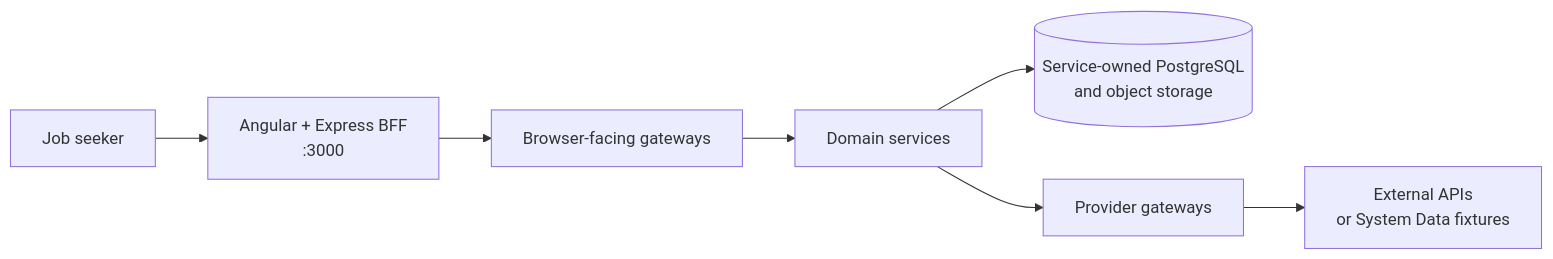
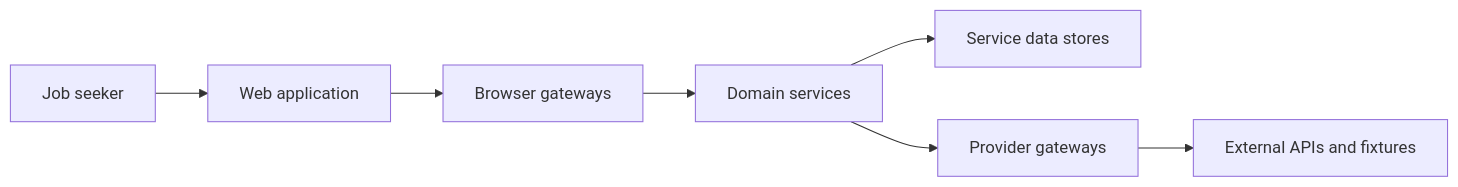
One commit to jobseekercopilot/infrastructure changed the diagram in docs-site/docs/index.md. Above: the diagram before and after it, drawn with Mermaid. The commit also changed other lines of this file and 20 other files, not shown here.

````diff
--- a/docs-site/docs/index.md
+++ b/docs-site/docs/index.md
@@ -72,9 +145,9 @@
 ```mermaid
 flowchart LR
-  User[Job seeker] --> Browser[Angular + Express BFF<br/>:3000]
-  Browser --> Edge[Browser-facing gateways]
-  Edge --> Domain[Domain services]
-  Domain --> Stores[(Service-owned PostgreSQL<br/>and object storage)]
-  Domain --> Providers[Provider gateways]
-  Providers --> External[External APIs<br/>or System Data fixtures]
+  A[Job seeker] --> B[Web application]
+  B --> C[Browser gateways]
+  C --> D[Domain services]
+  D --> E[Service data stores]
+  D --> F[Provider gateways]
+  F --> G[External APIs and fixtures]
 ```
````
